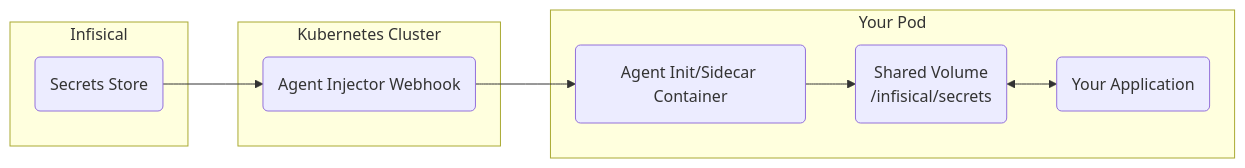
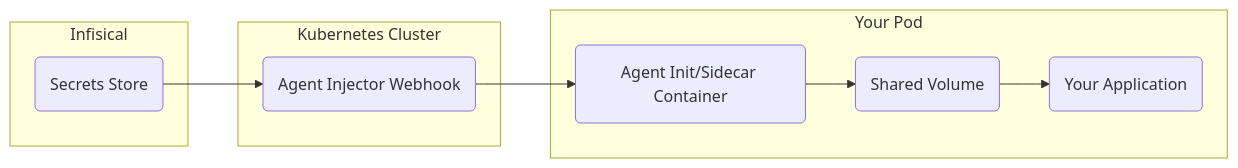
Before and after one commit to Infisical/infisical: the diagram in docs/documentation/guides/kubernetes-agent-injector.mdx, drawn with Mermaid.

Commit message:
docs: fix mermaid diagram syntax for MDX compatibility

````diff
--- a/docs/documentation/guides/kubernetes-agent-injector.mdx
+++ b/docs/documentation/guides/kubernetes-agent-injector.mdx
@@ -22,21 +22,21 @@
 ```mermaid
 flowchart LR
     subgraph Infisical
         S(Secrets Store)
     end
 
     subgraph Kubernetes Cluster
         INJ(Agent Injector Webhook)
     end
 
     subgraph Your Pod
         INIT(Agent Init/Sidecar Container)
-        V(Shared Volume<br/>/infisical/secrets)
+        V(Shared Volume)
         APP(Your Application)
     end
 
     S --> INJ
     INJ --> INIT
     INIT --> V
-    V <--> APP
+    V --> APP
 ```
````
